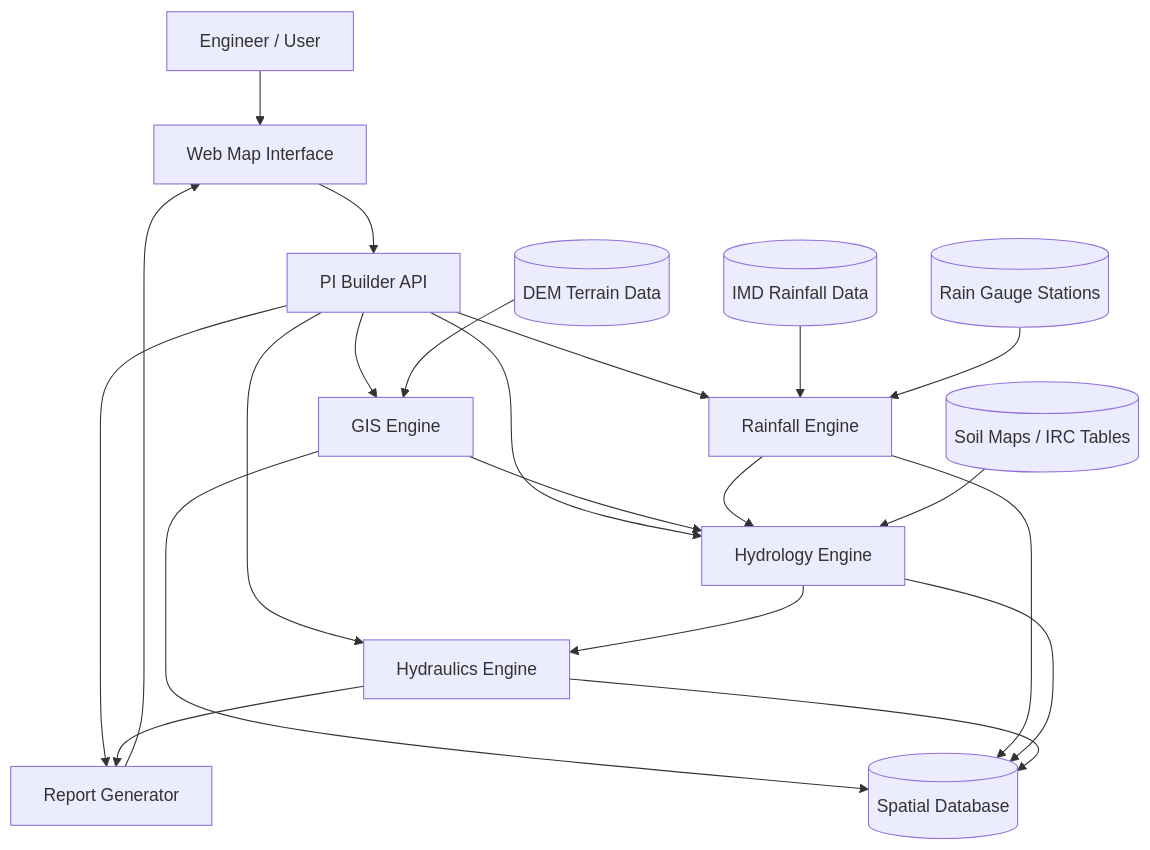
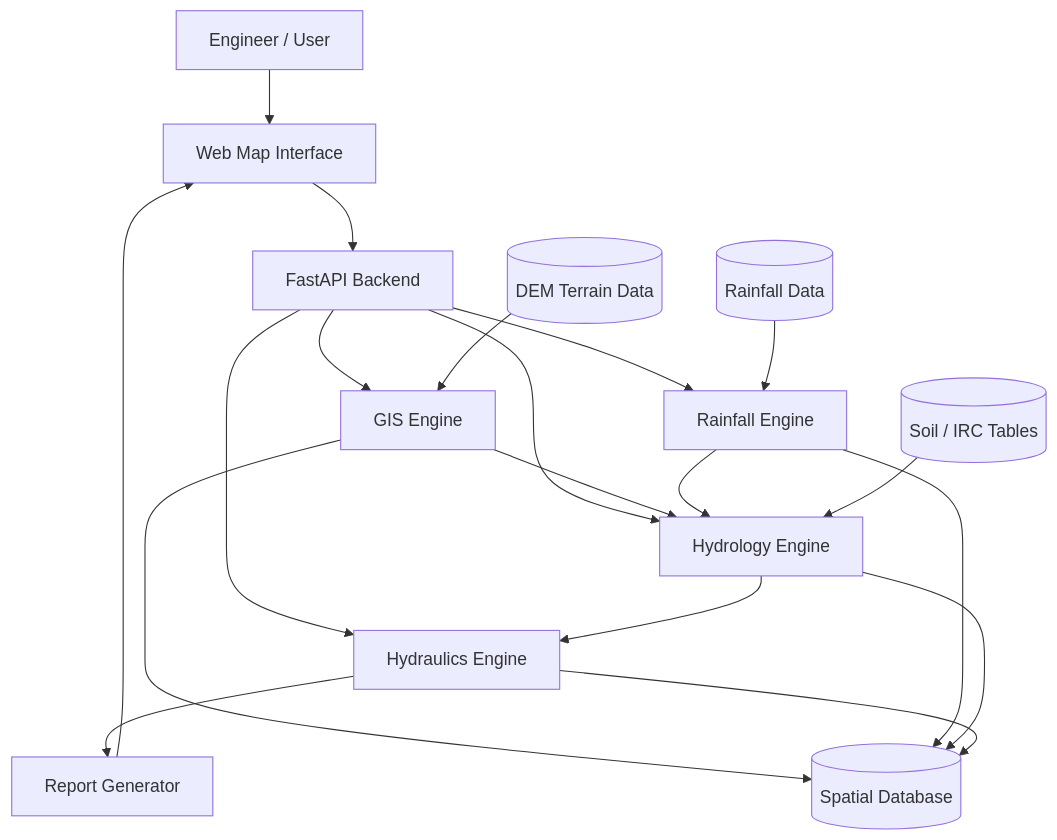
Before and after one commit to pifoundrylz/pibuilder: the diagram in docs/architecture.md, drawn with Mermaid. The commit also changed other lines of this file, not shown here.

````diff
--- a/docs/architecture.md
+++ b/docs/architecture.md
@@ -3,41 +3,42 @@
 ```mermaid
 flowchart TB
 
-%% USER LAYER
-U[Engineer / User] --> UI[Web Map Interface]
+%% USER
+U[Engineer / User]
 
-%% API LAYER
-UI --> API[PI Builder API]
+%% FRONTEND
+U --> UI[Web Map Interface]
 
-%% ENGINE LAYER
+%% BACKEND
+UI --> API[FastAPI Backend]
+
+%% COMPUTE MODULES
 API --> GIS[GIS Engine]
 API --> RAIN[Rainfall Engine]
 API --> HYDRO[Hydrology Engine]
 API --> HYDRAULIC[Hydraulics Engine]
-API --> REPORT[Report Generator]
 
-%% DATA FLOW BETWEEN ENGINES
+%% ENGINE FLOW
 GIS --> HYDRO
 RAIN --> HYDRO
 HYDRO --> HYDRAULIC
-HYDRAULIC --> REPORT
 
-%% DATA LAYER
+%% OUTPUT
+HYDRAULIC --> REPORT[Report Generator]
+REPORT --> UI
+
+%% DATA
 DEM[(DEM Terrain Data)]
-RAIN_DATA[(IMD Rainfall Data)]
-GAUGE[(Rain Gauge Stations)]
-SOIL[(Soil Maps / IRC Tables)]
+RAIN_DATA[(Rainfall Data)]
+SOIL[(Soil / IRC Tables)]
 DB[(Spatial Database)]
 
 DEM --> GIS
 RAIN_DATA --> RAIN
-GAUGE --> RAIN
 SOIL --> HYDRO
 
 GIS --> DB
 RAIN --> DB
 HYDRO --> DB
 HYDRAULIC --> DB
-
-REPORT --> UI
 ```
````
